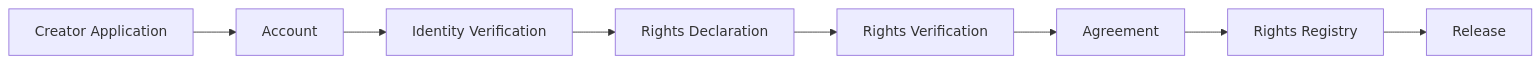
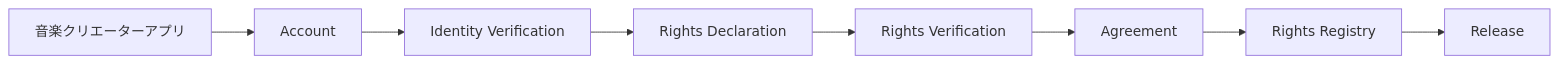
The first of 29 diagrams in docs/whitepaper/05-creator-onboarding.md (ShigeichiroYamasaki/creator-first-platform), drawn with Mermaid before and after one commit. The commit also changed other lines of this file and 67 other files, not shown here.

````diff
--- a/docs/whitepaper/05-creator-onboarding.md
+++ b/docs/whitepaper/05-creator-onboarding.md
@@ -34,19 +34,19 @@
 ```mermaid
 flowchart LR
-    APPLY[Creator Application]
+    APPLY[音楽クリエーターアプリ]
     ACCOUNT[Account]
     ID[Identity Verification]
     RIGHTS[Rights Declaration]
     REVIEW[Rights Verification]
     CONTRACT[Agreement]
     REGISTER[Rights Registry]
     RELEASE[Release]
 
     APPLY --> ACCOUNT
     ACCOUNT --> ID
     ID --> RIGHTS
     RIGHTS --> REVIEW
     REVIEW --> CONTRACT
     CONTRACT --> REGISTER
     REGISTER --> RELEASE
 ```
````
